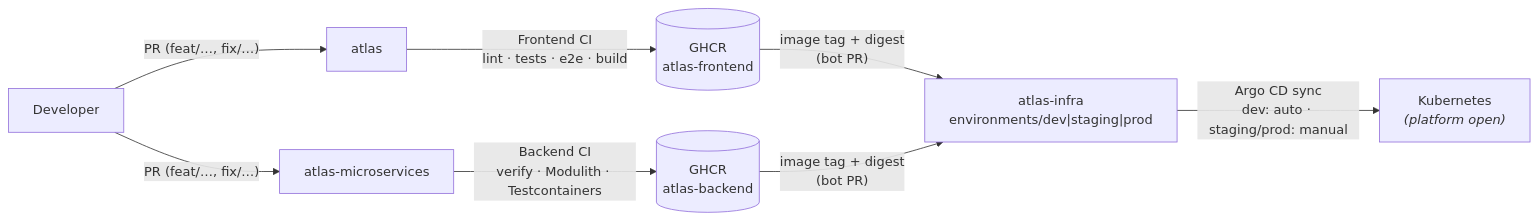
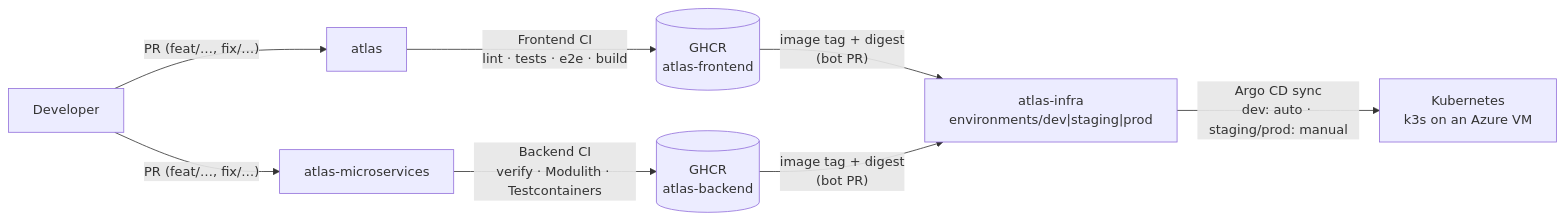
The third of 3 diagrams in docs/architecture/CONTEXT.md (hsnrzv/atlas), drawn with Mermaid before and after one commit. The commit also changed other lines of this file and 3 other files, not shown here.

Commit message:
docs: update context and implementation roadmap with recent decisions and Azure services details

````diff
--- a/docs/architecture/CONTEXT.md
+++ b/docs/architecture/CONTEXT.md
@@ -92,8 +92,8 @@
 ```mermaid
 flowchart LR
   dev["Developer"] -- "PR (feat/…, fix/…)" --> repoFE["atlas"] & repoBE["atlas-microservices"]
   repoFE -- "Frontend CI<br/>lint · tests · e2e · build" --> ghcr[("GHCR<br/>atlas-frontend")]
   repoBE -- "Backend CI<br/>verify · Modulith · Testcontainers" --> ghcr2[("GHCR<br/>atlas-backend")]
   ghcr & ghcr2 -- "image tag + digest<br/>(bot PR)" --> infra["atlas-infra<br/>environments/dev|staging|prod"]
-  infra -- "Argo CD sync<br/>dev: auto · staging/prod: manual" --> k8s["Kubernetes<br/><i>(platform open)</i>"]
+  infra -- "Argo CD sync<br/>dev: auto · staging/prod: manual" --> k8s["Kubernetes<br/>k3s on an Azure VM"]
 ```
````
